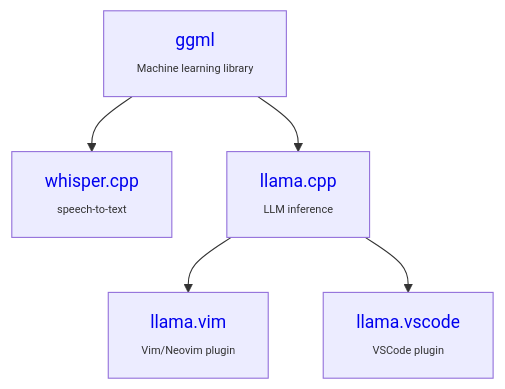
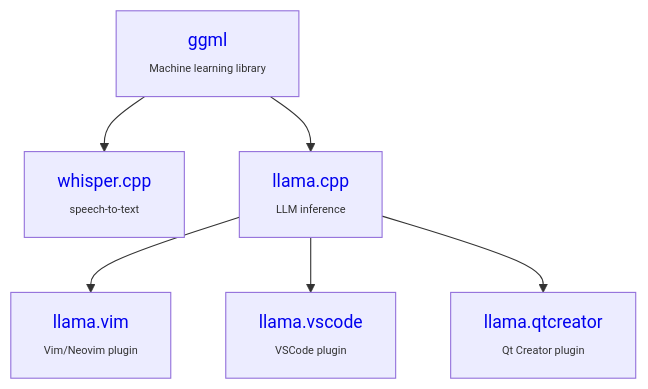
Before and after one commit to ggml-org/.github: the diagram in profile/README.md, drawn with Mermaid.

Commit message:
graph : update

````diff
--- a/profile/README.md
+++ b/profile/README.md
@@ -1,13 +1,15 @@
 ```mermaid
 graph TD;
 ggml --> whisper.cpp
 ggml --> llama.cpp
 llama.cpp --> llama.vim
 llama.cpp --> llama.vscode
+llama.cpp --> llama.qtcreator
 
 ggml[<a href="https://github.com/ggml-org/ggml"                 style="text-decoration:none;">ggml</a>          <br><span style="font-size:10px;">Machine learning library</span>];
 whisper.cpp[<a href="https://github.com/ggml-org/whisper.cpp"   style="text-decoration:none;">whisper.cpp</a>   <br><span style="font-size:10px;">speech-to-text</span>];
 llama.cpp[<a href="https://github.com/ggml-org/llama.cpp"       style="text-decoration:none;">llama.cpp</a>     <br><span style="font-size:10px;">LLM inference</span>];
 llama.vim[<a href="https://github.com/ggml-org/llama.vim"       style="text-decoration:none;">llama.vim</a>     <br><span style="font-size:10px;">Vim/Neovim plugin</span>];
 llama.vscode[<a href="https://github.com/ggml-org/llama.vscode" style="text-decoration:none;">llama.vscode</a>  <br><span style="font-size:10px;">VSCode plugin</span>];
+llama.qtcreator[<a href="https://github.com/ggml-org/llama.qtcreator" style="text-decoration:none;">llama.qtcreator</a>  <br><span style="font-size:10px;">Qt Creator plugin</span>];
 ```
````
